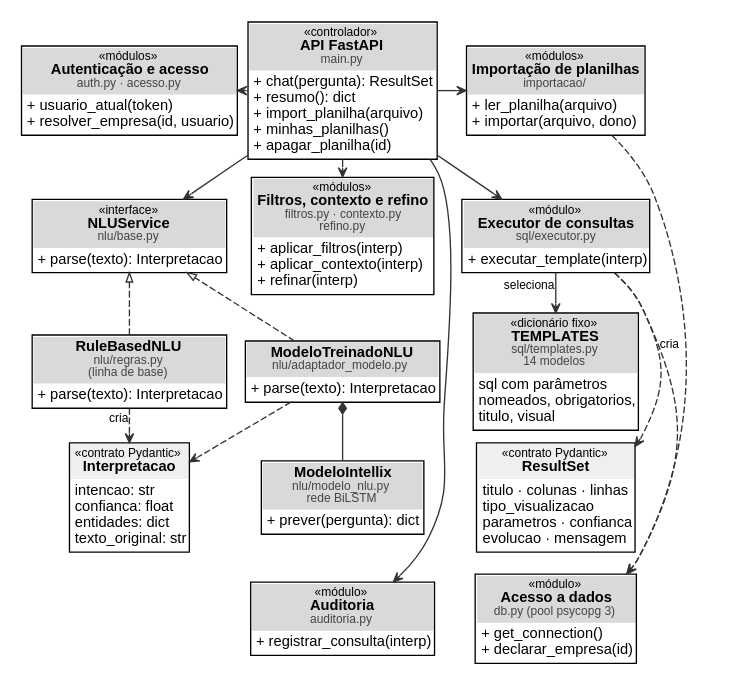
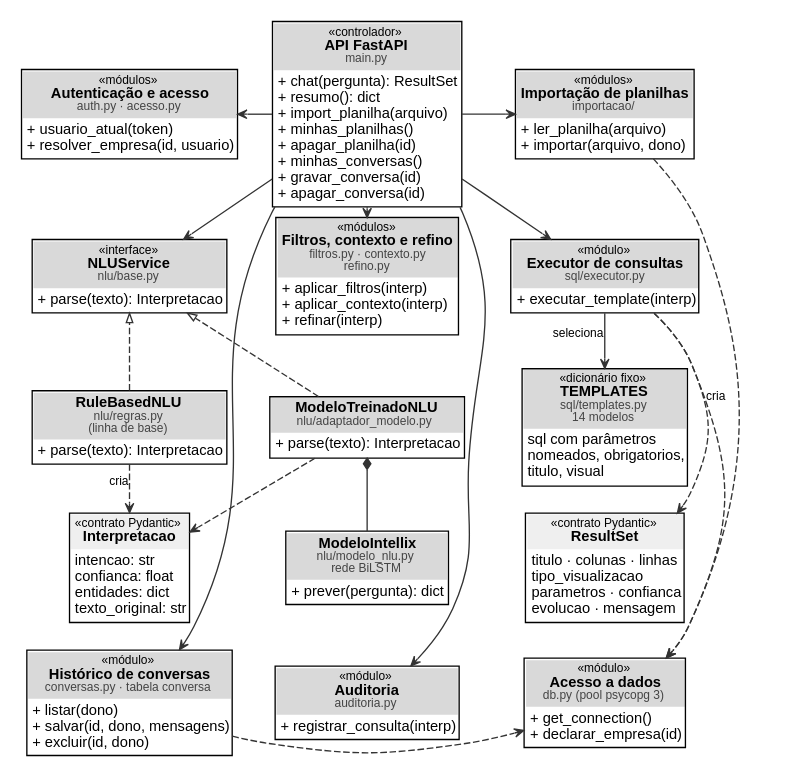
Before and after one commit to intellix-tcc/Intellix: the diagram in docs/diagramas/classes.dot, drawn with Graphviz. The commit also changed 9 other files, not shown here.

First line of the commit message:
docs(diagramas): histórico de conversas, tela de capacidades e infraestrutura atual

```diff
--- a/docs/diagramas/classes.dot
+++ b/docs/diagramas/classes.dot
@@ -1,82 +1,88 @@
 // Figura 2 do TCC: classes e módulos do backend, com os nomes do código.
 // Assinaturas resumidas (sem a conexão com o banco). Gerar:
 //   dot -Tpng -Gdpi=200 classes.dot -o classes.png   (layout=neato, posições fixas)
 digraph classes {
   layout=neato;
   graph [rankdir=TB, fontname="Arial", nodesep=0.25, ranksep=0.42, pad=0.12, splines=true, overlap=false];
   node  [shape=plain, fontname="Arial", fontsize=11];
   edge  [fontname="Arial", fontsize=9, color="#333333", arrowsize=0.7];
 
   api [pos="220,0!", label=<<TABLE BORDER="1" CELLBORDER="0" CELLSPACING="0" CELLPADDING="3">
     <TR><TD BGCOLOR="#D9D9D9"><FONT POINT-SIZE="9">«controlador»</FONT><BR/><B>API FastAPI</B><BR/><FONT POINT-SIZE="9" COLOR="#444444">main.py</FONT></TD></TR>
-    <TR><TD ALIGN="LEFT" BALIGN="LEFT">+ chat(pergunta): ResultSet<BR/>+ resumo(): dict<BR/>+ import_planilha(arquivo)<BR/>+ minhas_planilhas()<BR/>+ apagar_planilha(id)</TD></TR></TABLE>>];
+    <TR><TD ALIGN="LEFT" BALIGN="LEFT">+ chat(pergunta): ResultSet<BR/>+ resumo(): dict<BR/>+ import_planilha(arquivo)<BR/>+ minhas_planilhas()<BR/>+ apagar_planilha(id)<BR/>+ minhas_conversas()<BR/>+ gravar_conversa(id)<BR/>+ apagar_conversa(id)</TD></TR></TABLE>>];
 
   acesso [pos="0,0!", label=<<TABLE BORDER="1" CELLBORDER="0" CELLSPACING="0" CELLPADDING="3">
     <TR><TD BGCOLOR="#D9D9D9"><FONT POINT-SIZE="9">«módulos»</FONT><BR/><B>Autenticação e acesso</B><BR/><FONT POINT-SIZE="9" COLOR="#444444">auth.py · acesso.py</FONT></TD></TR>
     <TR><TD ALIGN="LEFT" BALIGN="LEFT">+ usuario_atual(token)<BR/>+ resolver_empresa(id, usuario)</TD></TR></TABLE>>];
 
   auditoria [pos="220,-545!", label=<<TABLE BORDER="1" CELLBORDER="0" CELLSPACING="0" CELLPADDING="3">
     <TR><TD BGCOLOR="#D9D9D9"><FONT POINT-SIZE="9">«módulo»</FONT><BR/><B>Auditoria</B><BR/><FONT POINT-SIZE="9" COLOR="#444444">auditoria.py</FONT></TD></TR>
     <TR><TD ALIGN="LEFT" BALIGN="LEFT">+ registrar_consulta(interp)</TD></TR></TABLE>>];
 
   nlu [pos="0,-150!", label=<<TABLE BORDER="1" CELLBORDER="0" CELLSPACING="0" CELLPADDING="3">
     <TR><TD BGCOLOR="#D9D9D9"><FONT POINT-SIZE="9">«interface»</FONT><BR/><B>NLUService</B><BR/><FONT POINT-SIZE="9" COLOR="#444444">nlu/base.py</FONT></TD></TR>
     <TR><TD ALIGN="LEFT" BALIGN="LEFT">+ parse(texto): Interpretacao</TD></TR></TABLE>>];
 
   pos [pos="220,-150!", label=<<TABLE BORDER="1" CELLBORDER="0" CELLSPACING="0" CELLPADDING="3">
     <TR><TD BGCOLOR="#D9D9D9"><FONT POINT-SIZE="9">«módulos»</FONT><BR/><B>Filtros, contexto e refino</B><BR/><FONT POINT-SIZE="9" COLOR="#444444">filtros.py · contexto.py<BR/>refino.py</FONT></TD></TR>
     <TR><TD ALIGN="LEFT" BALIGN="LEFT">+ aplicar_filtros(interp)<BR/>+ aplicar_contexto(interp)<BR/>+ refinar(interp)</TD></TR></TABLE>>];
 
   executor [pos="440,-150!", label=<<TABLE BORDER="1" CELLBORDER="0" CELLSPACING="0" CELLPADDING="3">
     <TR><TD BGCOLOR="#D9D9D9"><FONT POINT-SIZE="9">«módulo»</FONT><BR/><B>Executor de consultas</B><BR/><FONT POINT-SIZE="9" COLOR="#444444">sql/executor.py</FONT></TD></TR>
     <TR><TD ALIGN="LEFT" BALIGN="LEFT">+ executar_template(interp)</TD></TR></TABLE>>];
 
   regras [pos="0,-290!", label=<<TABLE BORDER="1" CELLBORDER="0" CELLSPACING="0" CELLPADDING="3">
     <TR><TD BGCOLOR="#D9D9D9"><B>RuleBasedNLU</B><BR/><FONT POINT-SIZE="9" COLOR="#444444">nlu/regras.py<BR/>(linha de base)</FONT></TD></TR>
     <TR><TD ALIGN="LEFT" BALIGN="LEFT">+ parse(texto): Interpretacao</TD></TR></TABLE>>];
 
   treinado [pos="220,-290!", label=<<TABLE BORDER="1" CELLBORDER="0" CELLSPACING="0" CELLPADDING="3">
     <TR><TD BGCOLOR="#D9D9D9"><B>ModeloTreinadoNLU</B><BR/><FONT POINT-SIZE="9" COLOR="#444444">nlu/adaptador_modelo.py</FONT></TD></TR>
     <TR><TD ALIGN="LEFT" BALIGN="LEFT">+ parse(texto): Interpretacao</TD></TR></TABLE>>];
 
   templates [pos="440,-290!", label=<<TABLE BORDER="1" CELLBORDER="0" CELLSPACING="0" CELLPADDING="3">
     <TR><TD BGCOLOR="#D9D9D9"><FONT POINT-SIZE="9">«dicionário fixo»</FONT><BR/><B>TEMPLATES</B><BR/><FONT POINT-SIZE="9" COLOR="#444444">sql/templates.py<BR/>14 modelos</FONT></TD></TR>
     <TR><TD ALIGN="LEFT" BALIGN="LEFT">sql com parâmetros<BR/>nomeados, obrigatorios,<BR/>titulo, visual</TD></TR></TABLE>>];
 
   modelo [pos="220,-420!", label=<<TABLE BORDER="1" CELLBORDER="0" CELLSPACING="0" CELLPADDING="3">
     <TR><TD BGCOLOR="#D9D9D9"><B>ModeloIntellix</B><BR/><FONT POINT-SIZE="9" COLOR="#444444">nlu/modelo_nlu.py<BR/>rede BiLSTM</FONT></TD></TR>
     <TR><TD ALIGN="LEFT" BALIGN="LEFT">+ prever(pergunta): dict</TD></TR></TABLE>>];
 
   interp [pos="0,-420!", label=<<TABLE BORDER="1" CELLBORDER="0" CELLSPACING="0" CELLPADDING="3">
     <TR><TD BGCOLOR="#EFEFEF"><FONT POINT-SIZE="9">«contrato Pydantic»</FONT><BR/><B>Interpretacao</B></TD></TR>
     <TR><TD ALIGN="LEFT" BALIGN="LEFT">intencao: str<BR/>confianca: float<BR/>entidades: dict<BR/>texto_original: str</TD></TR></TABLE>>];
 
   resultset [pos="440,-420!", label=<<TABLE BORDER="1" CELLBORDER="0" CELLSPACING="0" CELLPADDING="3">
     <TR><TD BGCOLOR="#EFEFEF"><FONT POINT-SIZE="9">«contrato Pydantic»</FONT><BR/><B>ResultSet</B></TD></TR>
     <TR><TD ALIGN="LEFT" BALIGN="LEFT">titulo · colunas · linhas<BR/>tipo_visualizacao<BR/>parametros · confianca<BR/>evolucao · mensagem</TD></TR></TABLE>>];
 
   importacao [pos="440,0!", label=<<TABLE BORDER="1" CELLBORDER="0" CELLSPACING="0" CELLPADDING="3">
     <TR><TD BGCOLOR="#D9D9D9"><FONT POINT-SIZE="9">«módulos»</FONT><BR/><B>Importação de planilhas</B><BR/><FONT POINT-SIZE="9" COLOR="#444444">importacao/</FONT></TD></TR>
     <TR><TD ALIGN="LEFT" BALIGN="LEFT">+ ler_planilha(arquivo)<BR/>+ importar(arquivo, dono)</TD></TR></TABLE>>];
 
   db [pos="440,-545!", label=<<TABLE BORDER="1" CELLBORDER="0" CELLSPACING="0" CELLPADDING="3">
     <TR><TD BGCOLOR="#D9D9D9"><FONT POINT-SIZE="9">«módulo»</FONT><BR/><B>Acesso a dados</B><BR/><FONT POINT-SIZE="9" COLOR="#444444">db.py (pool psycopg 3)</FONT></TD></TR>
     <TR><TD ALIGN="LEFT" BALIGN="LEFT">+ get_connection()<BR/>+ declarar_empresa(id)</TD></TR></TABLE>>];
 
     {rank=same; importacao; interp; modelo;}
 
   regras   -> nlu [style=dashed, arrowhead=empty];
   treinado -> nlu [style=dashed, arrowhead=empty];
   treinado -> modelo [dir=back, arrowtail=diamond];
 
   edge [arrowhead=vee];
   api -> acesso; api -> auditoria;
   api -> nlu; api -> pos; api -> executor;
   api -> importacao;
+  api -> conversas;
+  conversas -> db [style=dashed];
+  conversas [pos="0,-545!", label=<<TABLE BORDER="1" CELLBORDER="0" CELLSPACING="0" CELLPADDING="3">
+    <TR><TD BGCOLOR="#D9D9D9"><FONT POINT-SIZE="9">«módulo»</FONT><BR/><B>Histórico de conversas</B><BR/><FONT POINT-SIZE="9" COLOR="#444444">conversas.py · tabela conversa</FONT></TD></TR>
+    <TR><TD ALIGN="LEFT" BALIGN="LEFT">+ listar(dono)<BR/>+ salvar(id, dono, mensagens)<BR/>+ excluir(id, dono)</TD></TR></TABLE>>];
+
   regras -> interp [style=dashed, label="cria"];
   treinado -> interp [style=dashed];
   executor -> templates [label="seleciona"];
   executor -> resultset [style=dashed, label="cria"];
     executor -> db [style=dashed];
   importacao -> db [style=dashed];
 }
```
